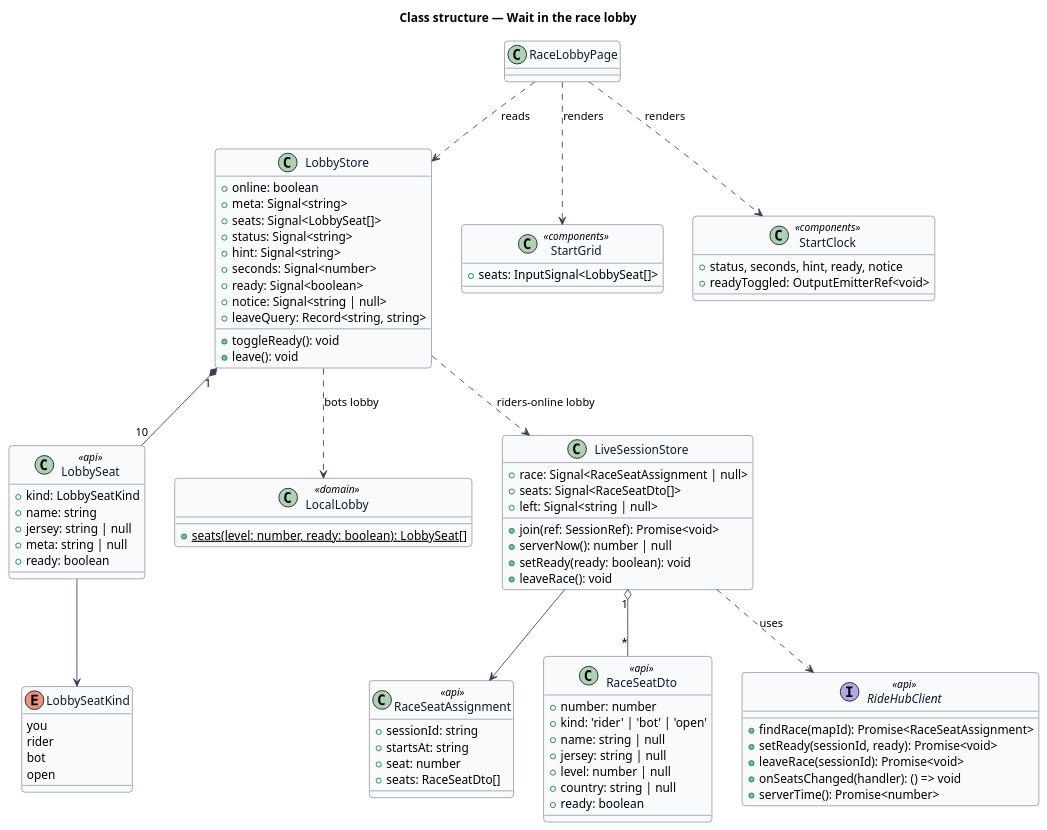
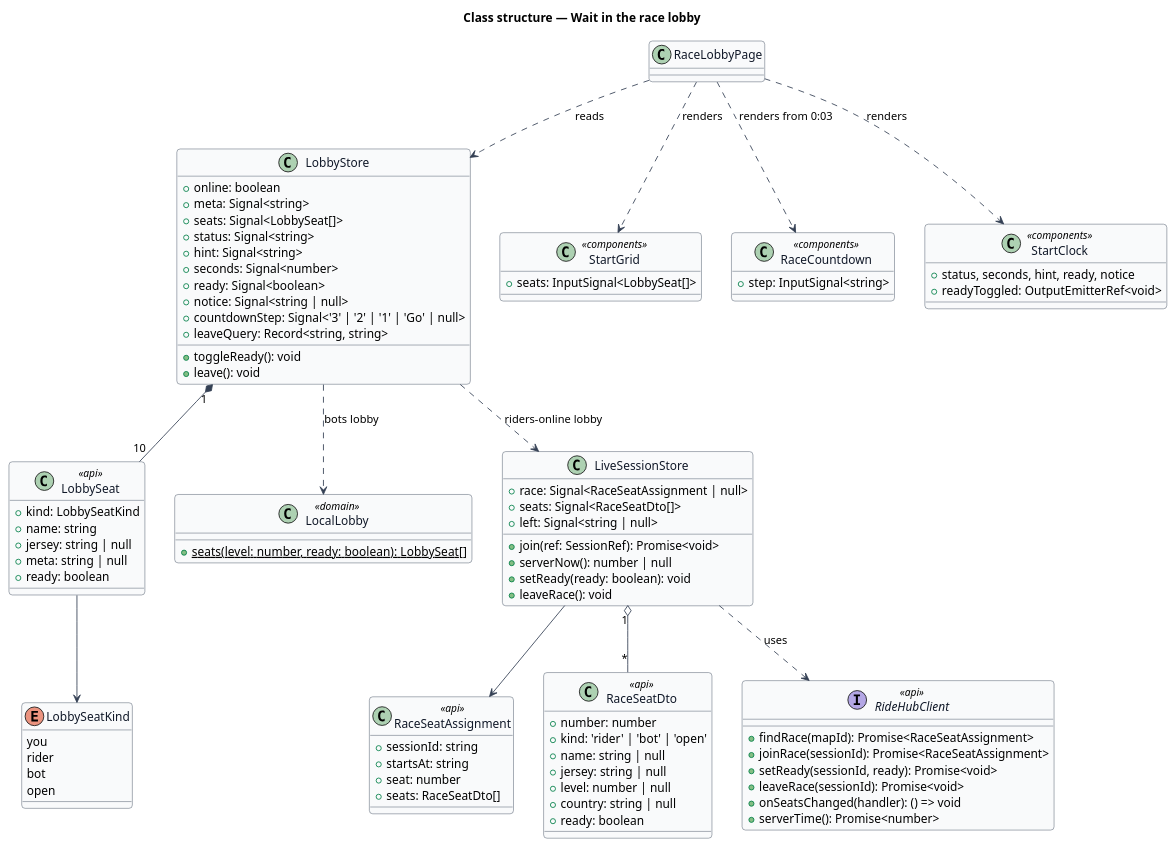
The diagram in docs/detailed-designs/race/wait-in-the-race-lobby/diagrams/class-structure.puml (QuinntyneBrown/wattzup), drawn with PlantUML before and after one commit. The commit also changed 13 other files, not shown here.

Commit message:
Bring the race lobby and race session designs in line with slice 15.2

```diff
--- a/docs/detailed-designs/race/wait-in-the-race-lobby/diagrams/class-structure.puml
+++ b/docs/detailed-designs/race/wait-in-the-race-lobby/diagrams/class-structure.puml
@@ -1,93 +1,99 @@
 @startuml
 ' --- shared skin header ---
 skinparam backgroundColor #FFFFFF
 skinparam shadowing false
 skinparam roundcorner 8
 skinparam defaultFontName Arial
 skinparam ArrowColor #344054
 skinparam class {
   BorderColor #344054
   FontColor #101828
   BackgroundColor #F9FAFB
 }
 ' --------------------------
 title Class structure — Wait in the race lobby
 enum LobbySeatKind {
   you
   rider
   bot
   open
 }
 class LobbySeat <<api>> {
   +kind: LobbySeatKind
   +name: string
   +jersey: string | null
   +meta: string | null
   +ready: boolean
 }
 class LobbyStore {
   +online: boolean
   +meta: Signal<string>
   +seats: Signal<LobbySeat[]>
   +status: Signal<string>
   +hint: Signal<string>
   +seconds: Signal<number>
   +ready: Signal<boolean>
   +notice: Signal<string | null>
+  +countdownStep: Signal<'3' | '2' | '1' | 'Go' | null>
   +leaveQuery: Record<string, string>
   +toggleReady(): void
   +leave(): void
 }
 class LocalLobby <<domain>> {
   +{static} seats(level: number, ready: boolean): LobbySeat[]
 }
 class LiveSessionStore {
   +race: Signal<RaceSeatAssignment | null>
   +seats: Signal<RaceSeatDto[]>
   +left: Signal<string | null>
   +join(ref: SessionRef): Promise<void>
   +serverNow(): number | null
   +setReady(ready: boolean): void
   +leaveRace(): void
 }
 class RaceSeatAssignment <<api>> {
   +sessionId: string
   +startsAt: string
   +seat: number
   +seats: RaceSeatDto[]
 }
 class RaceSeatDto <<api>> {
   +number: number
   +kind: 'rider' | 'bot' | 'open'
   +name: string | null
   +jersey: string | null
   +level: number | null
   +country: string | null
   +ready: boolean
 }
 interface RideHubClient <<api>> {
   +findRace(mapId): Promise<RaceSeatAssignment>
+  +joinRace(sessionId): Promise<RaceSeatAssignment>
   +setReady(sessionId, ready): Promise<void>
   +leaveRace(sessionId): Promise<void>
   +onSeatsChanged(handler): () => void
   +serverTime(): Promise<number>
 }
 class RaceLobbyPage
 class StartGrid <<components>> {
   +seats: InputSignal<LobbySeat[]>
 }
+class RaceCountdown <<components>> {
+  +step: InputSignal<string>
+}
 class StartClock <<components>> {
   +status, seconds, hint, ready, notice
   +readyToggled: OutputEmitterRef<void>
 }
 RaceLobbyPage ..> LobbyStore : reads
 RaceLobbyPage ..> StartGrid : renders
 RaceLobbyPage ..> StartClock : renders
+RaceLobbyPage ..> RaceCountdown : renders from 0:03
 LobbyStore "1" *-- "10" LobbySeat
 LobbySeat --> LobbySeatKind
 LobbyStore ..> LocalLobby : bots lobby
 LobbyStore ..> LiveSessionStore : riders-online lobby
 LiveSessionStore --> RaceSeatAssignment
 LiveSessionStore "1" o-- "*" RaceSeatDto
 LiveSessionStore ..> RideHubClient : uses
 @enduml
```
